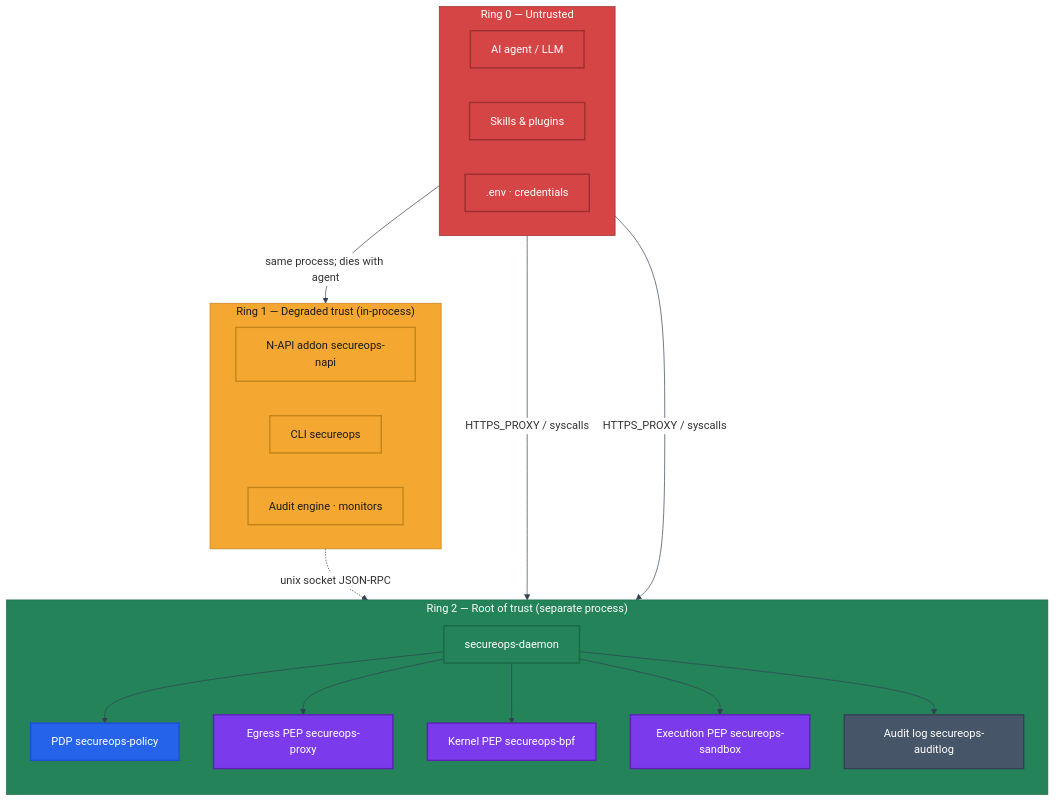
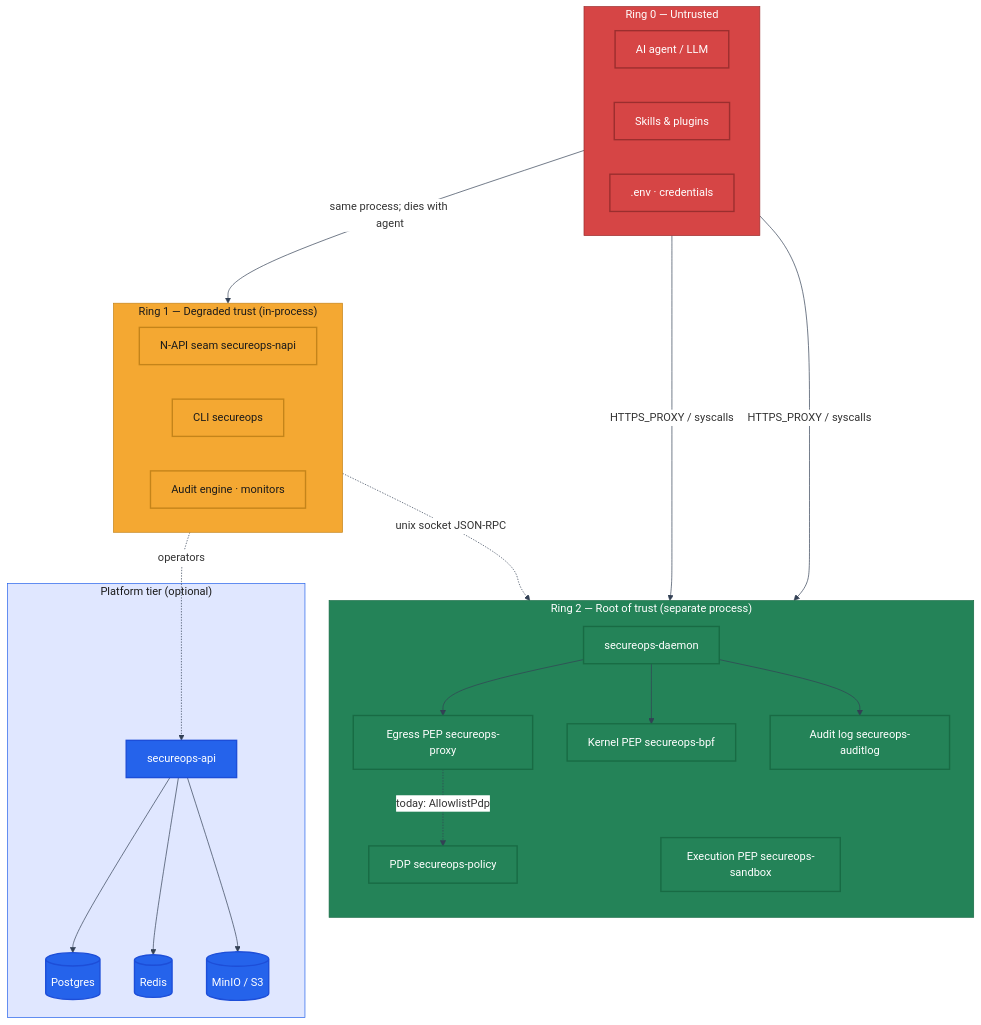
The first of 3 diagrams in README.md (aryasoni98/secureops), drawn with Mermaid before and after one commit. The commit also changed other lines of this file and 11 other files, not shown here.

````diff
--- a/README.md
+++ b/README.md
@@ -126,52 +103,57 @@
 ```mermaid
 %%{init: {'theme': 'base', 'themeVariables': {'lineColor': '#334155', 'clusterBkg': '#F8FAFC', 'titleColor': '#1A1A1A', 'clusterTextColor': '#1A1A1A', 'textColor': '#1A1A1A', 'edgeLabelBackground': '#FFFFFF'}}}%%
 flowchart TB
   subgraph R0["Ring 0 — Untrusted"]
-    direction LR
     AGENT[AI agent / LLM]
     SKILLS[Skills & plugins]
     SECRETS[.env · credentials]
   end
 
   subgraph R1["Ring 1 — Degraded trust (in-process)"]
     direction LR
-    NAPI[N-API addon secureops-napi]
+    NAPI[N-API seam secureops-napi]
     CLI[CLI secureops]
     CHECKS[Audit engine · monitors]
   end
 
   subgraph R2["Ring 2 — Root of trust (separate process)"]
     direction TB
     DAEMON[secureops-daemon]
     PDP[PDP secureops-policy]
     PEP1[Egress PEP secureops-proxy]
     PEP2[Kernel PEP secureops-bpf]
     PEP3[Execution PEP secureops-sandbox]
     LOG[Audit log secureops-auditlog]
-    DAEMON --> PDP
-    DAEMON --> PEP1 & PEP2 & PEP3
+    DAEMON --> PEP1 & PEP2
     DAEMON --> LOG
+    PEP1 -.->|"today: AllowlistPdp"| PDP
+  end
+
+  subgraph PLATFORM["Platform tier (optional)"]
+    API[secureops-api]
+    PG[(Postgres)]
+    REDIS[(Redis)]
+    S3[(MinIO / S3)]
+    API --> PG & REDIS & S3
   end
 
   R0 -->|"same process; dies with agent"| R1
   R1 -.->|"unix socket JSON-RPC"| R2
   R0 -->|"HTTPS_PROXY / syscalls"| PEP1 & PEP2
+  CLI -.->|"operators"| API
 
   classDef ring0 fill:#D64545,stroke:#9B2E2E,color:#FFFFFF,stroke-width:2px
   classDef ring1 fill:#F4A832,stroke:#C4841A,color:#1A1A1A,stroke-width:2px
   classDef ring2 fill:#248358,stroke:#186B44,color:#FFFFFF,stroke-width:2px
-  classDef pdp fill:#2563EB,stroke:#1D4ED8,color:#FFFFFF,stroke-width:2px
-  classDef pep fill:#7C3AED,stroke:#5B21B6,color:#FFFFFF,stroke-width:2px
-  classDef audit fill:#475569,stroke:#334155,color:#FFFFFF,stroke-width:2px
+  classDef platform fill:#2563EB,stroke:#1D4ED8,color:#FFFFFF,stroke-width:2px
 
   class AGENT,SKILLS,SECRETS ring0
   class NAPI,CLI,CHECKS ring1
-  class DAEMON ring2
-  class PDP pdp
-  class PEP1,PEP2,PEP3 pep
-  class LOG audit
+  class DAEMON,PDP,PEP1,PEP2,PEP3,LOG ring2
+  class API,PG,REDIS,S3 platform
 
   style R0 fill:#D64545,stroke:#9B2E2E,color:#FFFFFF
   style R1 fill:#F4A832,stroke:#C4841A,color:#1A1A1A
   style R2 fill:#248358,stroke:#186B44,color:#FFFFFF
+  style PLATFORM fill:#E0E7FF,stroke:#2563EB,color:#1A1A1A
 ```
````
